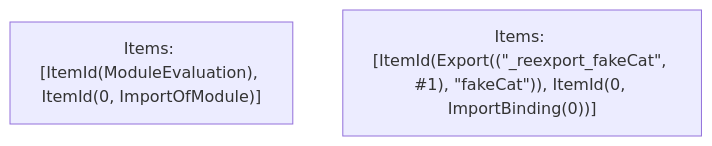
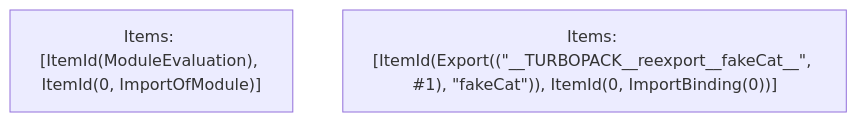
One commit to vercel/turborepo changed the fifth of 5 diagrams in crates/turbopack-ecmascript/tests/tree-shaker/analyzer/export-named/output.md. Above: the diagram before and after it, drawn with Mermaid. The commit also changed other lines of this file, not shown here.

````diff
--- a/crates/turbopack-ecmascript/tests/tree-shaker/analyzer/export-named/output.md
+++ b/crates/turbopack-ecmascript/tests/tree-shaker/analyzer/export-named/output.md
@@ -68,5 +68,5 @@
 ```mermaid
 graph TD
     N0["Items: [ItemId(ModuleEvaluation), ItemId(0, ImportOfModule)]"];
-    N1["Items: [ItemId(Export((&quot;_reexport_fakeCat&quot;, #1), &quot;fakeCat&quot;)), ItemId(0, ImportBinding(0))]"];
+    N1["Items: [ItemId(Export((&quot;__TURBOPACK__reexport__fakeCat__&quot;, #1), &quot;fakeCat&quot;)), ItemId(0, ImportBinding(0))]"];
 ```
````
